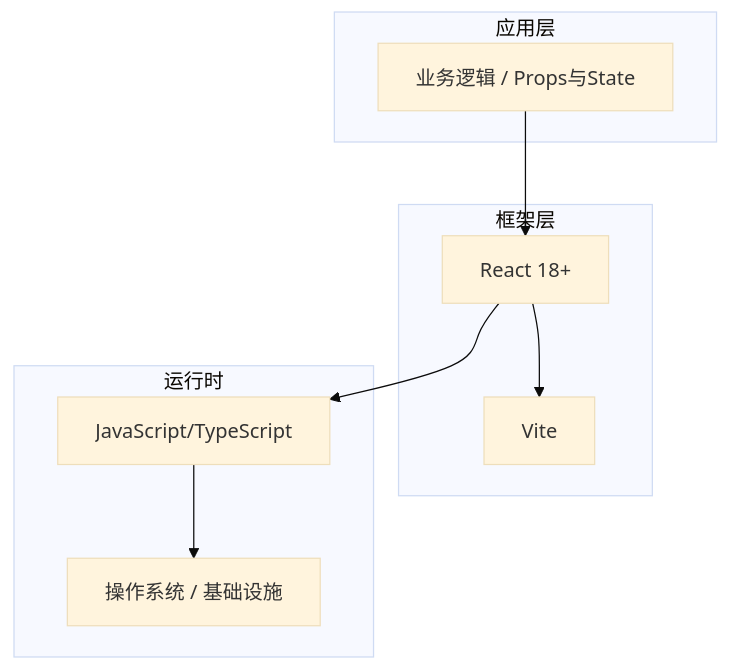
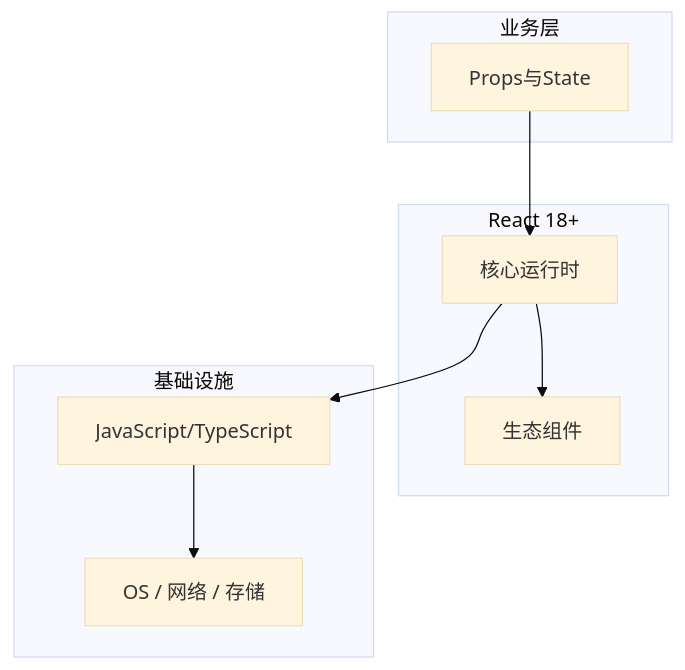
One commit to yanggan2015/knowledge-json-v2 changed the diagram in articles/React/chapters/037-Props与State核心概念与原理.md. Above: the diagram before and after it, drawn with Mermaid (base theme). The commit also changed other lines of this file and 10127 other files, not shown here.

````diff
--- a/articles/React/chapters/037-Props与State核心概念与原理.md
+++ b/articles/React/chapters/037-Props与State核心概念与原理.md
@@ -45,18 +34,18 @@
 ```mermaid
 graph TB
-    subgraph 应用层
-        A[业务逻辑 / Props与State]
+    subgraph 业务层
+        A[Props与State]
     end
-    subgraph 框架层
-        B[React 18+]
-        C[Vite]
+    subgraph React 18+
+        B[核心运行时]
+        C[生态组件]
     end
-    subgraph 运行时
+    subgraph 基础设施
         D[JavaScript/TypeScript]
-        E[操作系统 / 基础设施]
+        E[OS / 网络 / 存储]
     end
     A --> B
     B --> C
     B --> D
     D --> E
 ```
````
